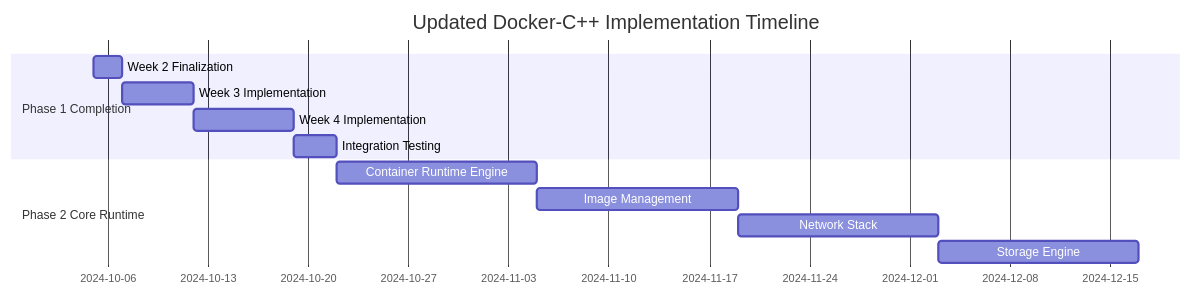
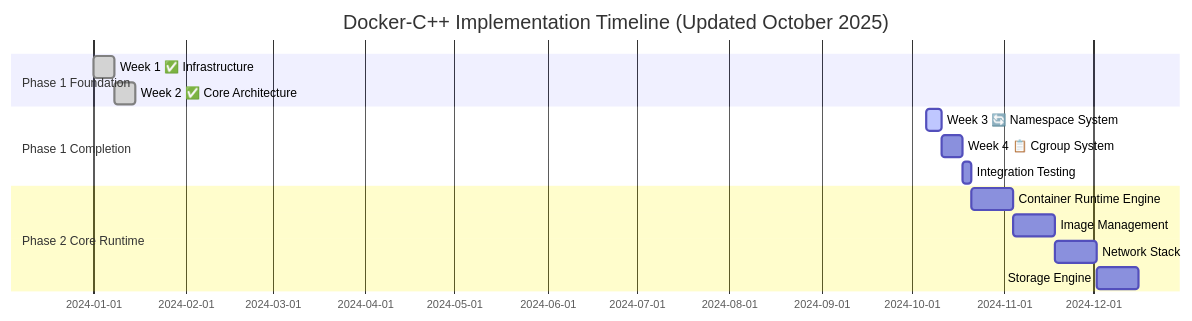
The second of 2 diagrams in docker-cpp-implementation-roadmap.md (shizhengLi/docker-cpp), drawn with Mermaid before and after one commit. The commit also changed other lines of this file and 2 other files, not shown here.

Commit message:
update 3 docs: The README now accurately reflects the substantial progress made in Week 2. week 2 done

````diff
--- a/docker-cpp-implementation-roadmap.md
+++ b/docker-cpp-implementation-roadmap.md
@@ -1115,16 +1127,19 @@
 ```mermaid
 gantt
-    title Updated Docker-C++ Implementation Timeline
+    title Docker-C++ Implementation Timeline (Updated October 2025)
     dateFormat  YYYY-MM-DD
+    section Phase 1 Foundation
+    Week 1 ✅ Infrastructure    :done, p1-1, 2024-01-01, 1w
+    Week 2 ✅ Core Architecture :done, p1-2, after p1-1, 1w
+
     section Phase 1 Completion
-    Week 2 Finalization       :p1a, 2024-10-05, 2d
-    Week 3 Implementation    :p1b, after p1a, 5d
-    Week 4 Implementation    :p1c, after p1b, 7d
-    Integration Testing       :p1d, after p1c, 3d
+    Week 3 🔄 Namespace System  :active, p1-3, 2024-10-06, 5d
+    Week 4 📋 Cgroup System     :p1-4, after p1-3, 7d
+    Integration Testing         :p1-5, after p1-4, 3d
 
     section Phase 2 Core Runtime
-    Container Runtime Engine :p2-1, after p1d, 2w
+    Container Runtime Engine :p2-1, after p1-5, 2w
     Image Management        :p2-2, after p2-1, 2w
     Network Stack           :p2-3, after p2-2, 2w
     Storage Engine          :p2-4, after p2-3, 2w
 ```
````
